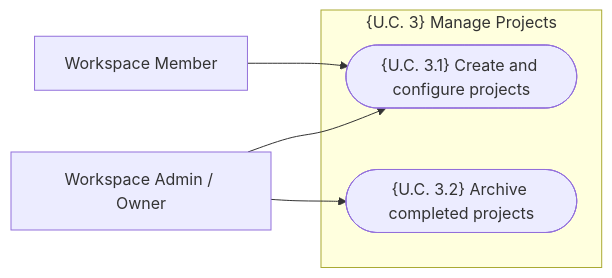
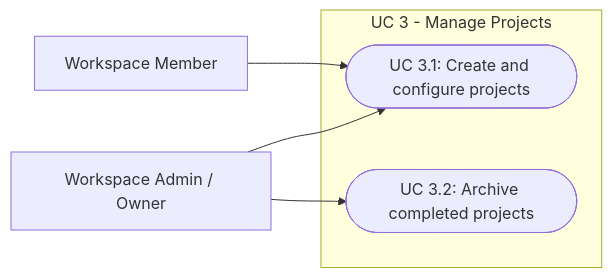
Before and after one commit to pauloribeiro16/aegis-mvp: the fourth of 9 diagrams in cases/Case_01_TinyTask_SaaS/03_PHASE3_SPEC/Doc02_System_Use_Cases.md, drawn with Mermaid. The commit also changed other lines of this file and 1 other file, not shown here.

Commit message:
fix(phase3): remove sequence diagrams and use clean error-free UML Use Case diagrams in Doc02

````diff
--- a/cases/Case_01_TinyTask_SaaS/03_PHASE3_SPEC/Doc02_System_Use_Cases.md
+++ b/cases/Case_01_TinyTask_SaaS/03_PHASE3_SPEC/Doc02_System_Use_Cases.md
@@ -503,14 +372,14 @@
 ```mermaid
 flowchart LR
     Admin["Workspace Admin / Owner"]
     Member["Workspace Member"]
 
-    subgraph UC3_Cluster["{U.C. 3} Manage Projects"]
-        UC3_1(["{U.C. 3.1} Create and configure projects"])
-        UC3_2(["{U.C. 3.2} Archive completed projects"])
+    subgraph UC3_Cluster ["UC 3 - Manage Projects"]
+        UC3_1(["UC 3.1: Create and configure projects"])
+        UC3_2(["UC 3.2: Archive completed projects"])
     end
 
     Admin --> UC3_1
     Admin --> UC3_2
     Member --> UC3_1
 ```
````
